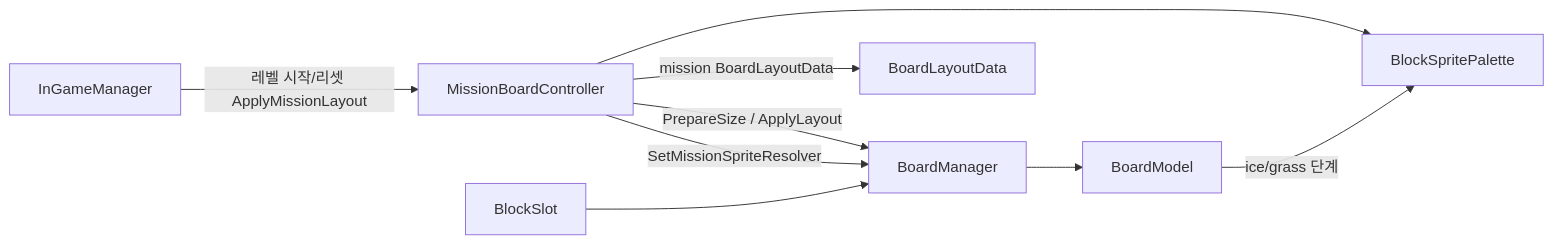
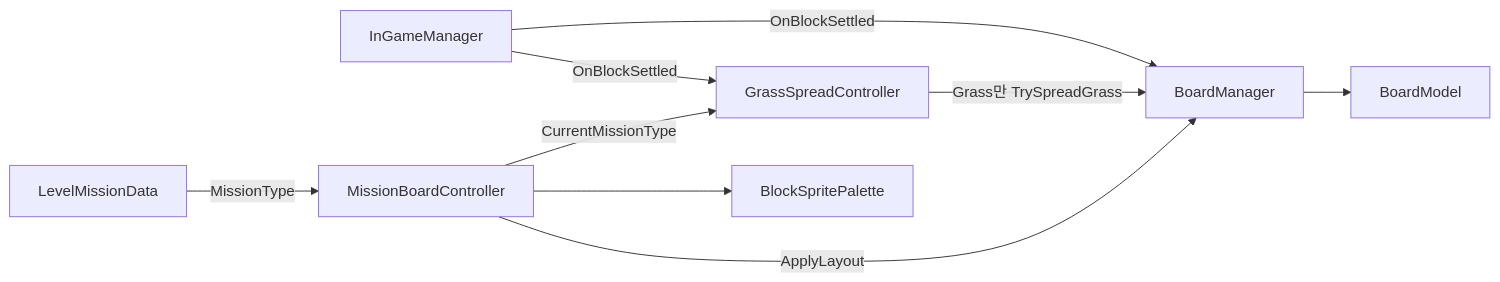
Before and after one commit to chlghksgml01/BlockPuzzle: the first of 3 diagrams in docs/diagrams/mission-board-controller.md, drawn with Mermaid. The commit also changed other lines of this file and 40 other files, not shown here.

````diff
--- a/docs/diagrams/mission-board-controller.md
+++ b/docs/diagrams/mission-board-controller.md
@@ -8,18 +21,19 @@
 ```mermaid
 flowchart LR
   IGM[InGameManager]
   MBC[MissionBoardController]
+  GSC[GrassSpreadController]
   BM[BoardManager]
   MODEL[BoardModel]
+  DATA[LevelMissionData]
   PAL[BlockSpritePalette]
-  LAY[BoardLayoutData]
 
-  IGM -->|"레벨 시작/리셋 ApplyMissionLayout"| MBC
+  IGM -->|"OnBlockSettled"| BM
+  IGM -->|"OnBlockSettled"| GSC
+  DATA -->|"MissionType"| MBC
+  MBC -->|"CurrentMissionType"| GSC
   MBC --> PAL
-  MBC -->|"mission BoardLayoutData"| LAY
-  MBC -->|"PrepareSize / ApplyLayout"| BM
-  MBC -->|"SetMissionSpriteResolver"| BM
+  MBC -->|"ApplyLayout"| BM
+  GSC -->|"Grass만 TrySpreadGrass"| BM
   BM --> MODEL
-  MODEL -->|"ice/grass 단계"| PAL
-  BlockSlot --> BM
 ```
````
